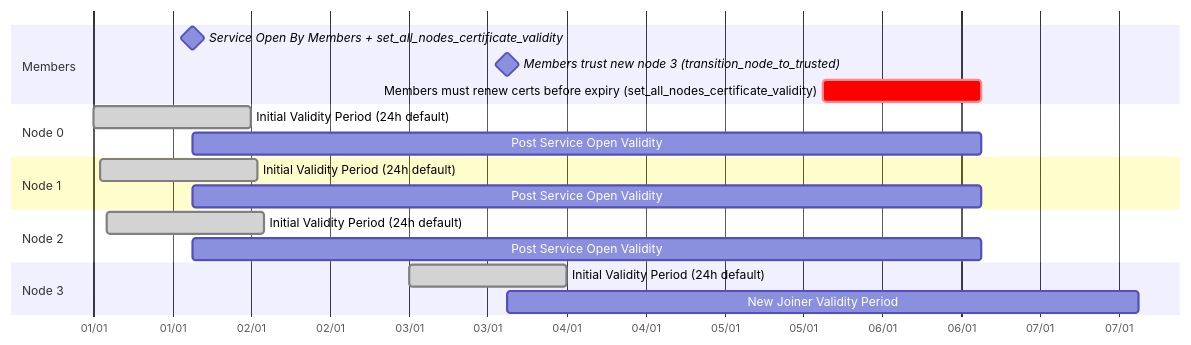
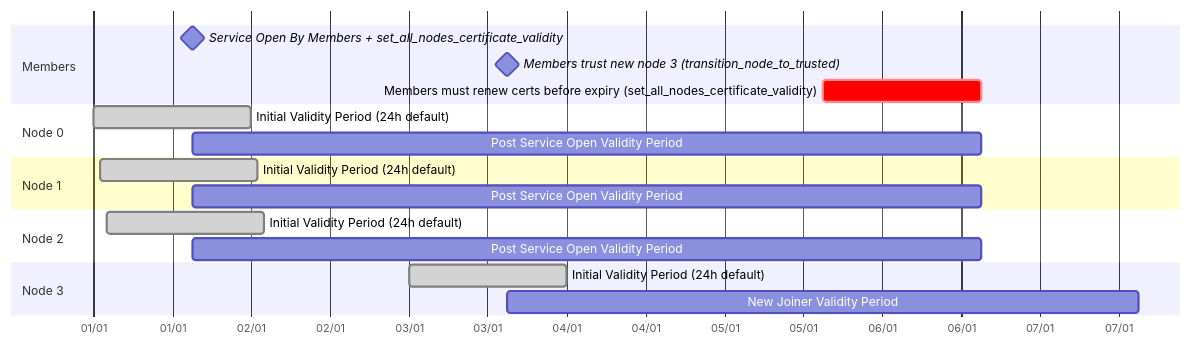
Before and after one commit to microsoft/CCF: the diagram in doc/operations/certificates.rst, drawn with Mermaid.

```diff
--- a/doc/operations/certificates.rst
+++ b/doc/operations/certificates.rst
@@ -19,28 +19,28 @@
 .. mermaid::
 
     gantt
 
     dateFormat  MM-DD/HH:mm
     axisFormat  %d/%m
     todayMarker off
 
     section Members
     Service Open By Members + set_all_nodes_certificate_validity :milestone, 01-01/15:00, 0d
     Members trust new node 3 (transition_node_to_trusted)        :milestone, 01-03/15:00, 0d
     Members must renew certs before expiry (set_all_nodes_certificate_validity)              :crit, 01-05/15:00, 1d
 
     section Node 0
     Initial Validity Period (24h default): done, 01-01/00:00, 1d
-    Post Service Open Validity           : 01-01/15:00, 5d
+    Post Service Open Validity Period    : 01-01/15:00, 5d
 
     section Node 1
     Initial Validity Period (24h default): done, 01-01/01:00, 1d
-    Post Service Open Validity           : 01-01/15:00, 5d
+    Post Service Open Validity Period    : 01-01/15:00, 5d
 
     section Node 2
     Initial Validity Period (24h default): done, 01-01/02:00, 1d
-    Post Service Open Validity           : 01-01/15:00, 5d
+    Post Service Open Validity Period    : 01-01/15:00, 5d
 
     section Node 3
     Initial Validity Period (24h default)      : done, 01-03/00:00, 1d
     New Joiner Validity Period                 : 01-03/15:00, 4d
```
